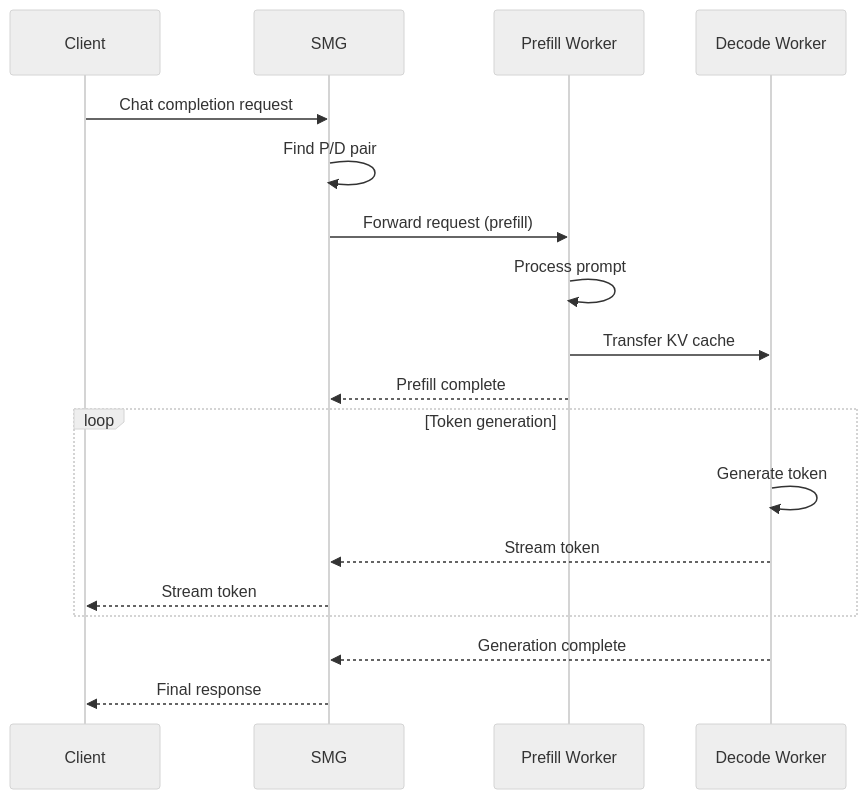
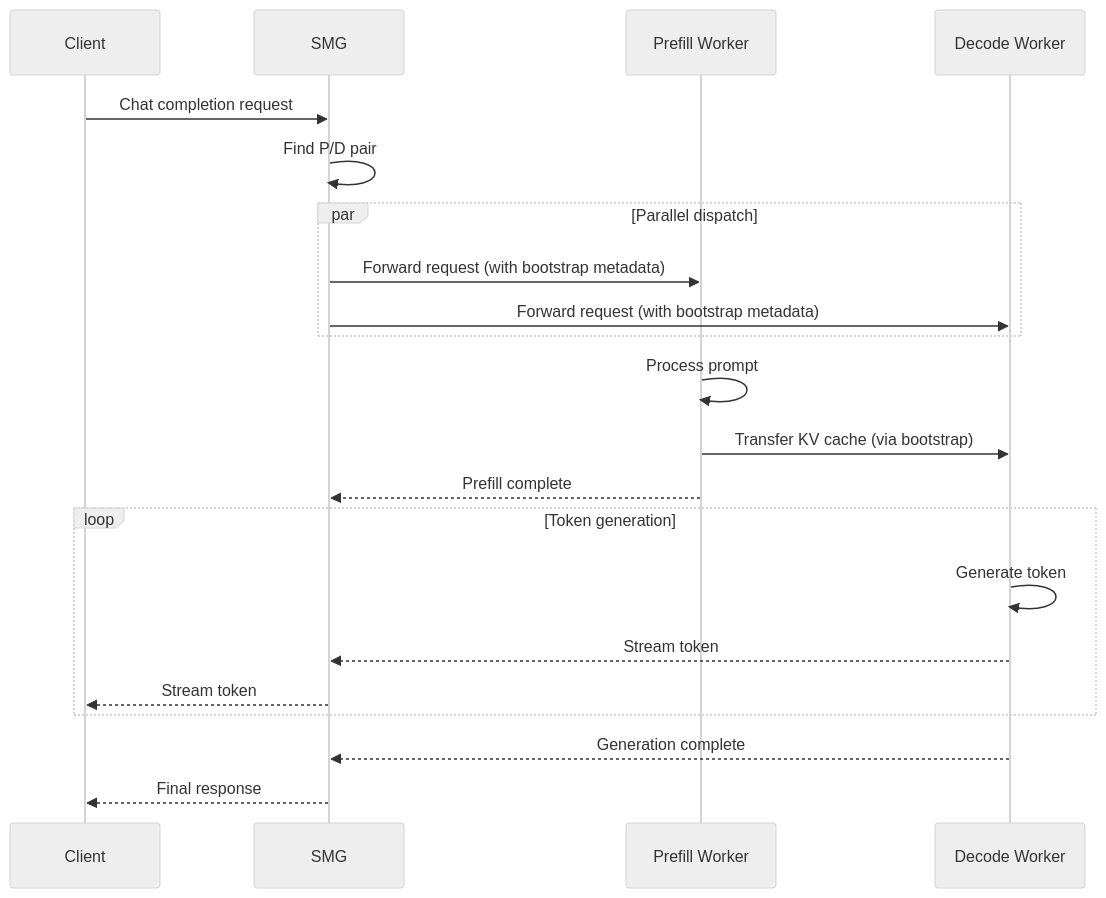
Before and after one commit to lightseekorg/smg: the first of 2 diagrams in docs/concepts/routing/pd-disaggregation.md, drawn with Mermaid (neutral theme). The commit also changed other lines of this file, not shown here.

````diff
--- a/docs/concepts/routing/pd-disaggregation.md
+++ b/docs/concepts/routing/pd-disaggregation.md
@@ -72,23 +85,26 @@
 ```mermaid
 sequenceDiagram
     participant C as Client
     participant S as SMG
     participant P as Prefill Worker
     participant D as Decode Worker
 
     C->>S: Chat completion request
     S->>S: Find P/D pair
-    S->>P: Forward request (prefill)
+    par Parallel dispatch
+        S->>P: Forward request (with bootstrap metadata)
+        S->>D: Forward request (with bootstrap metadata)
+    end
     P->>P: Process prompt
-    P->>D: Transfer KV cache
+    P->>D: Transfer KV cache (via bootstrap)
     P-->>S: Prefill complete
 
     loop Token generation
         D->>D: Generate token
         D-->>S: Stream token
         S-->>C: Stream token
     end
 
     D-->>S: Generation complete
     S-->>C: Final response
 ```
````
